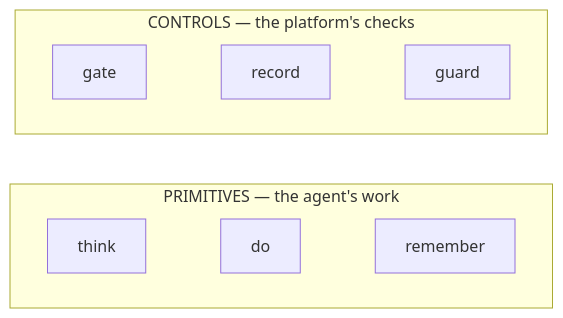
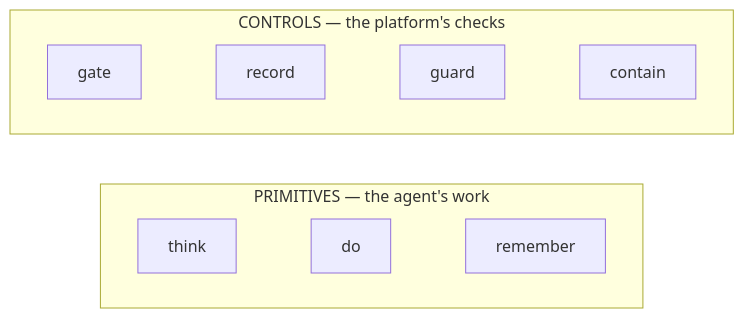
One commit to tilsley/creance changed the fifth of 15 diagrams in docs/stack-slides.md. Above: the diagram before and after it, drawn with Mermaid. The commit also changed other lines of this file, not shown here.

First line of the commit message:
docs(slides): rework model — 3 primitives (model/tool/memory), add 'contain' control

````diff
--- a/docs/stack-slides.md
+++ b/docs/stack-slides.md
@@ -74,11 +74,11 @@
 ```mermaid
 flowchart LR
   subgraph PRIM["PRIMITIVES — the agent's work"]
     direction LR
     T["think"] ~~~ D["do"] ~~~ Rm["remember"]
   end
   subgraph CTRL["CONTROLS — the platform's checks"]
     direction LR
-    G["gate"] ~~~ Rc["record"] ~~~ Gu["guard"]
+    G["gate"] ~~~ Rc["record"] ~~~ Gu["guard"] ~~~ Co["contain"]
   end
 ```
````
